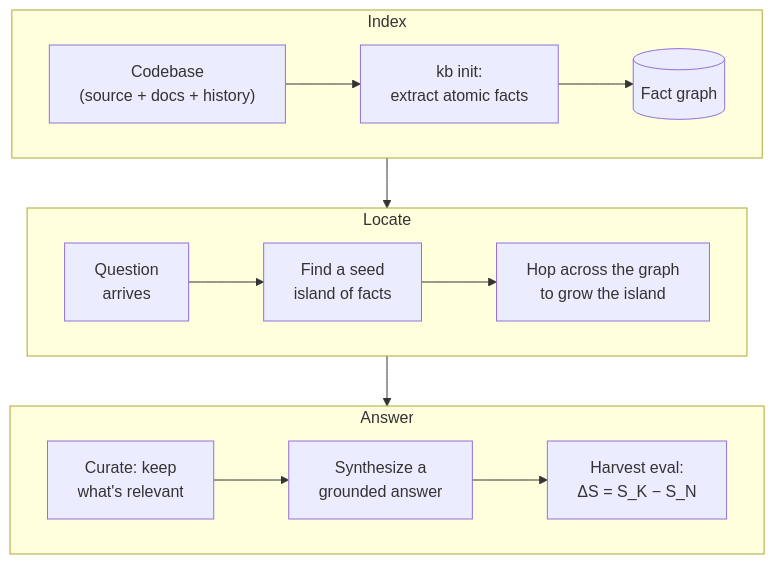
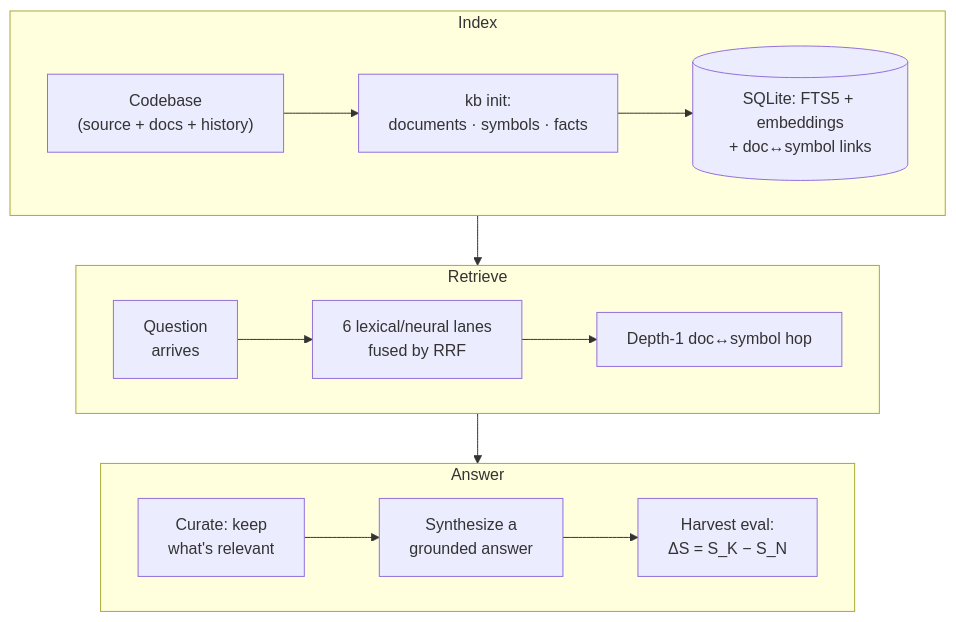
The diagram in research/figures/system-overview.mmd (rosenjcb/kb), drawn with Mermaid before and after one commit. The commit also changed 250 other files, not shown here.

First line of the commit message:
feat!: index whole documents and symbols; drop the fact graph (#213)

```diff
--- a/research/figures/system-overview.mmd
+++ b/research/figures/system-overview.mmd
@@ -1,21 +1,21 @@
 flowchart TB
     subgraph P1["Index"]
         direction LR
-        A["Codebase<br/>(source + docs + history)"] --> B["kb init:<br/>extract atomic facts"]
-        B --> C[("Fact graph")]
+        A["Codebase<br/>(source + docs + history)"] --> B["kb init:<br/>documents · symbols · facts"]
+        B --> C[("SQLite: FTS5 + embeddings<br/>+ doc↔symbol links")]
     end
 
-    subgraph P2["Locate"]
+    subgraph P2["Retrieve"]
         direction LR
-        D["Question<br/>arrives"] --> E["Find a seed<br/>island of facts"]
-        E --> F["Hop across the graph<br/>to grow the island"]
+        D["Question<br/>arrives"] --> E["6 lexical/neural lanes<br/>fused by RRF"]
+        E --> F["Depth-1 doc↔symbol hop"]
     end
 
     subgraph P3["Answer"]
         direction LR
         G["Curate: keep<br/>what's relevant"] --> H["Synthesize a<br/>grounded answer"]
         H --> I["Harvest eval:<br/>ΔS = S_K − S_N"]
     end
 
     P1 --> P2
     P2 --> P3
```
